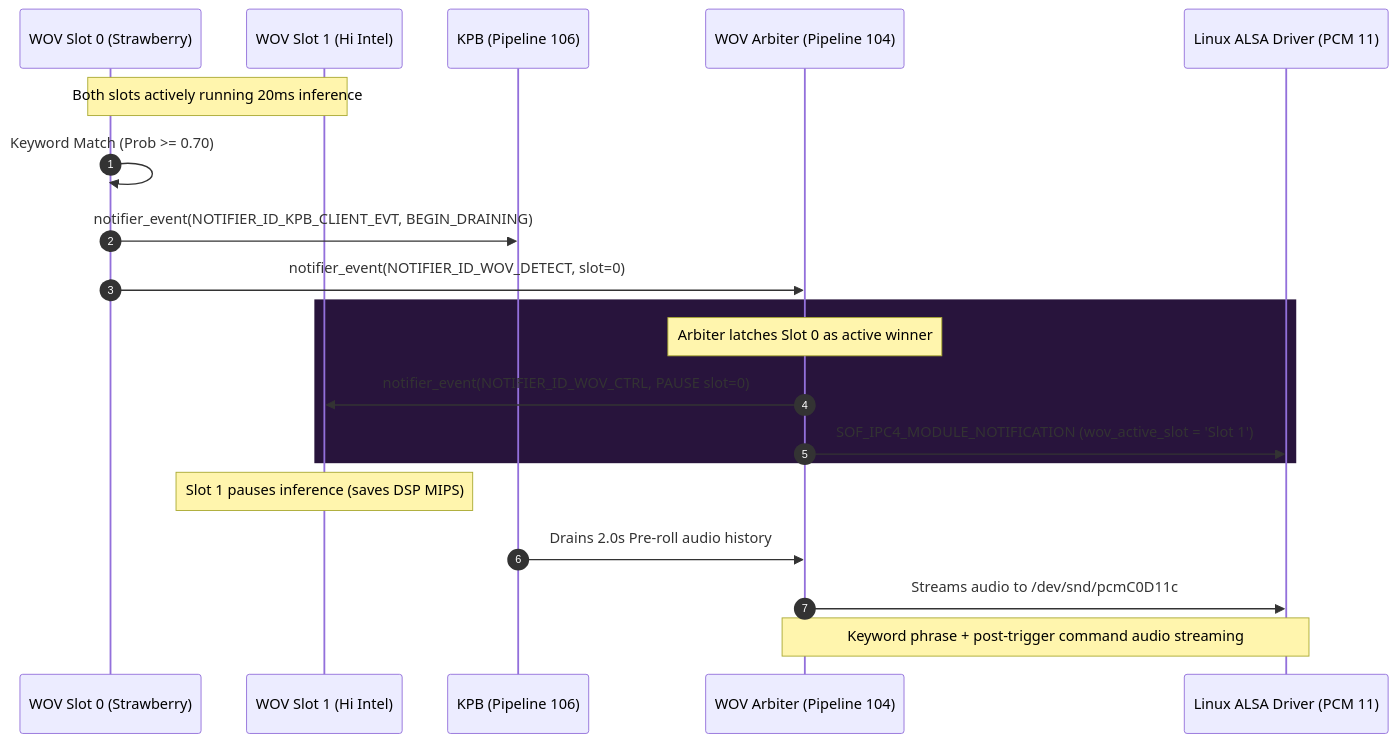
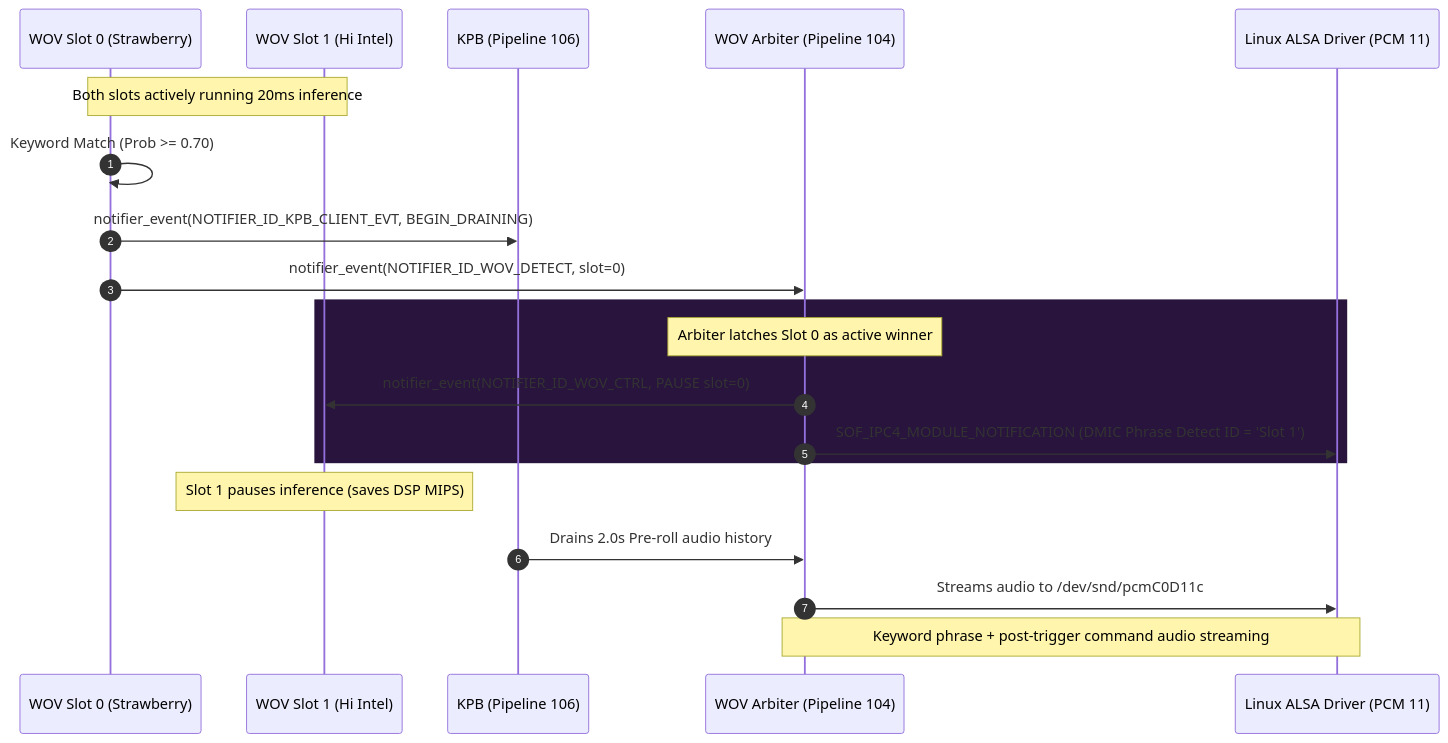
Before and after one commit to thesofproject/sof: the second of 4 diagrams in doc/developer_guides/wov_ecns_integration_guide.md, drawn with Mermaid. The commit also changed other lines of this file and 5 other files, not shown here.

First line of the commit message:
topology2: wov-arbiter: rename active slot control to DMIC/Jack In Phrase Detect ID

````diff
--- a/doc/developer_guides/wov_ecns_integration_guide.md
+++ b/doc/developer_guides/wov_ecns_integration_guide.md
@@ -304,25 +304,25 @@
 ```mermaid
 sequenceDiagram
     autonumber
     participant WOV0 as WOV Slot 0 (Strawberry)
     participant WOV1 as WOV Slot 1 (Hi Intel)
     participant KPB as KPB (Pipeline 106)
     participant ARB as WOV Arbiter (Pipeline 104)
     participant HOST as Linux ALSA Driver (PCM 11)
 
     Note over WOV0,WOV1: Both slots actively running 20ms inference
     WOV0->>WOV0: Keyword Match (Prob >= 0.70)
     WOV0->>KPB: notifier_event(NOTIFIER_ID_KPB_CLIENT_EVT, BEGIN_DRAINING)
     WOV0->>ARB: notifier_event(NOTIFIER_ID_WOV_DETECT, slot=0)
     
     rect rgb(40, 20, 60)
         Note over ARB: Arbiter latches Slot 0 as active winner
         ARB->>WOV1: notifier_event(NOTIFIER_ID_WOV_CTRL, PAUSE slot=0)
-        ARB->>HOST: SOF_IPC4_MODULE_NOTIFICATION (wov_active_slot = 'Slot 1')
+        ARB->>HOST: SOF_IPC4_MODULE_NOTIFICATION (DMIC Phrase Detect ID = 'Slot 1')
     end
     
     Note over WOV1: Slot 1 pauses inference (saves DSP MIPS)
     KPB->>ARB: Drains 2.0s Pre-roll audio history
     ARB->>HOST: Streams audio to /dev/snd/pcmC0D11c
     Note over ARB,HOST: Keyword phrase + post-trigger command audio streaming
 ```
````
